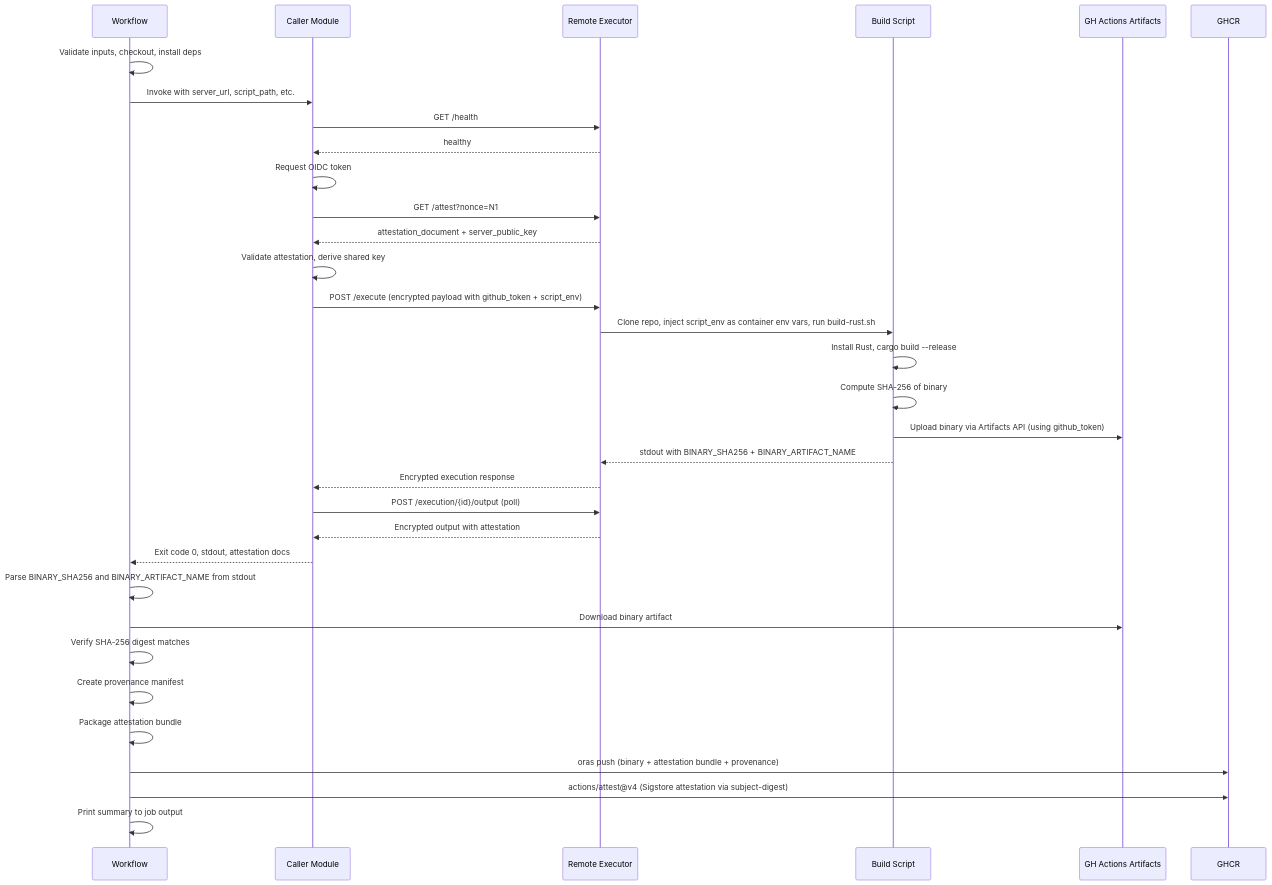
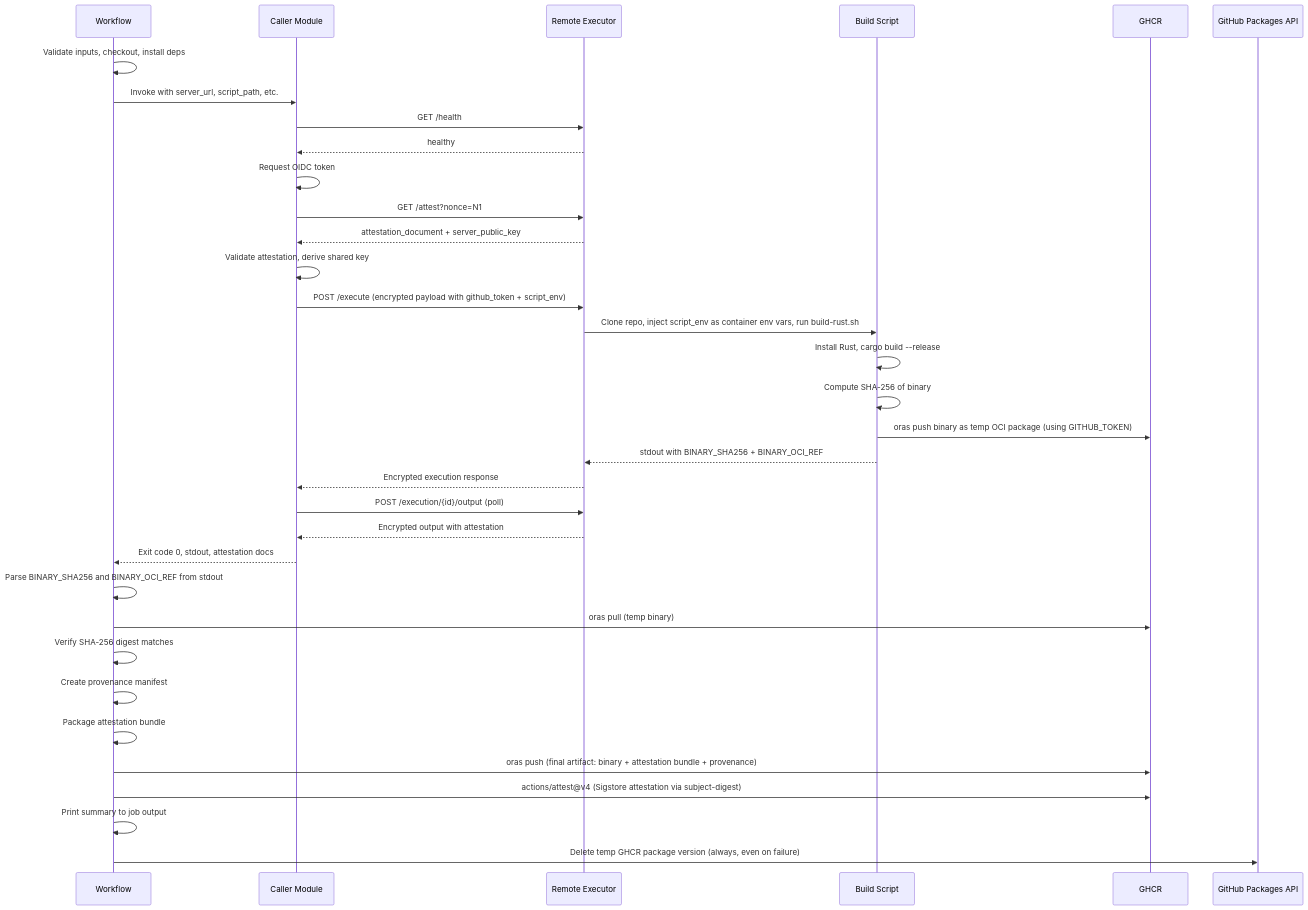
Before and after one commit to richardfan1126/github-runner-ec2-attestation-rust-build-demo: the second of 2 diagrams in .kiro/specs/rust-attestated-build/design.md, drawn with Mermaid. The commit also changed other lines of this file and 2 other files, not shown here.

First line of the commit message:
spec: replace GitHub Actions Artifacts with GHCR+Oras for binary transfer

````diff
--- a/.kiro/specs/rust-attestated-build/design.md
+++ b/.kiro/specs/rust-attestated-build/design.md
@@ -65,36 +69,37 @@
 ```mermaid
 sequenceDiagram
     participant WF as Workflow
     participant CALLER as Caller Module
     participant RE as Remote Executor
     participant BS as Build Script
-    participant ART as GH Actions Artifacts
     participant GHCR as GHCR
+    participant GH_API as GitHub Packages API
 
     WF->>WF: Validate inputs, checkout, install deps
     WF->>CALLER: Invoke with server_url, script_path, etc.
     CALLER->>RE: GET /health
     RE-->>CALLER: healthy
     CALLER->>CALLER: Request OIDC token
     CALLER->>RE: GET /attest?nonce=N1
     RE-->>CALLER: attestation_document + server_public_key
     CALLER->>CALLER: Validate attestation, derive shared key
     CALLER->>RE: POST /execute (encrypted payload with github_token + script_env)
     RE->>BS: Clone repo, inject script_env as container env vars, run build-rust.sh
     BS->>BS: Install Rust, cargo build --release
     BS->>BS: Compute SHA-256 of binary
-    BS->>ART: Upload binary via Artifacts API (using github_token)
-    BS-->>RE: stdout with BINARY_SHA256 + BINARY_ARTIFACT_NAME
+    BS->>GHCR: oras push binary as temp OCI package (using GITHUB_TOKEN)
+    BS-->>RE: stdout with BINARY_SHA256 + BINARY_OCI_REF
     RE-->>CALLER: Encrypted execution response
     CALLER->>RE: POST /execution/{id}/output (poll)
     RE-->>CALLER: Encrypted output with attestation
     CALLER-->>WF: Exit code 0, stdout, attestation docs
-    WF->>WF: Parse BINARY_SHA256 and BINARY_ARTIFACT_NAME from stdout
-    WF->>ART: Download binary artifact
+    WF->>WF: Parse BINARY_SHA256 and BINARY_OCI_REF from stdout
+    WF->>GHCR: oras pull (temp binary)
     WF->>WF: Verify SHA-256 digest matches
     WF->>WF: Create provenance manifest
     WF->>WF: Package attestation bundle
-    WF->>GHCR: oras push (binary + attestation bundle + provenance)
+    WF->>GHCR: oras push (final artifact: binary + attestation bundle + provenance)
     WF->>GHCR: actions/attest@v4 (Sigstore attestation via subject-digest)
     WF->>WF: Print summary to job output
+    WF->>GH_API: Delete temp GHCR package version (always, even on failure)
 ```
````
